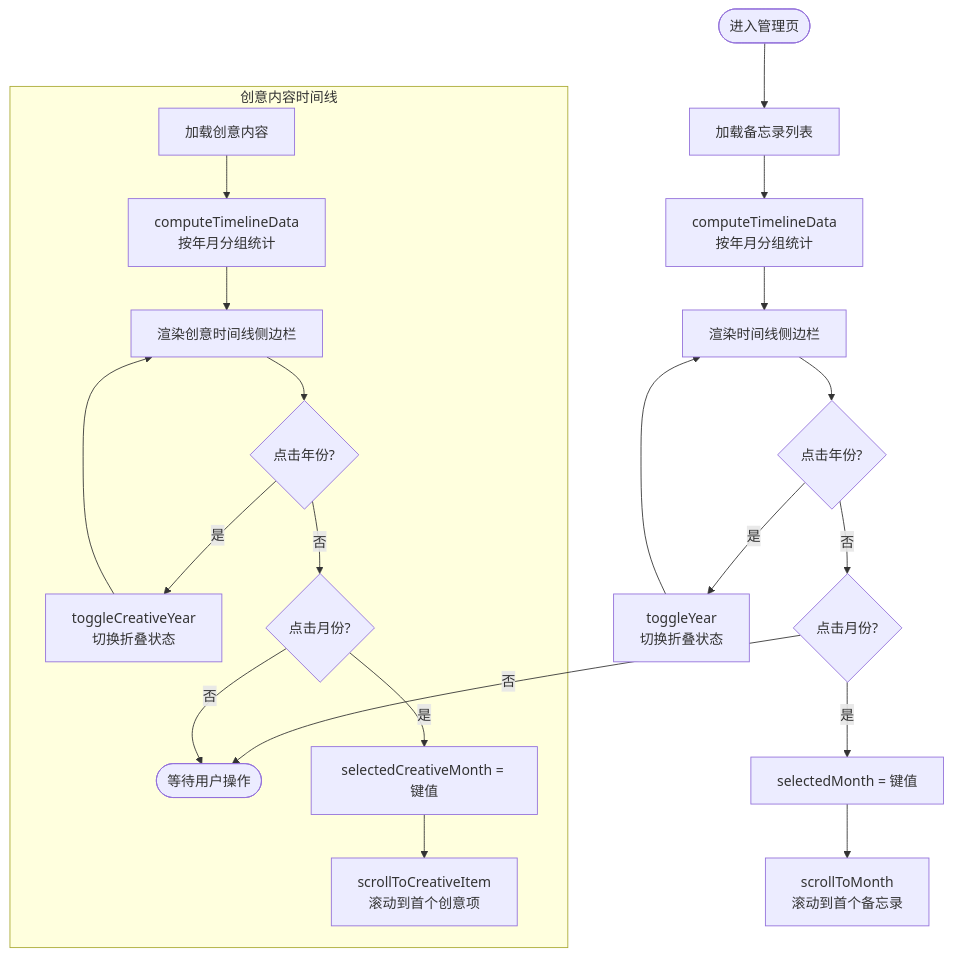
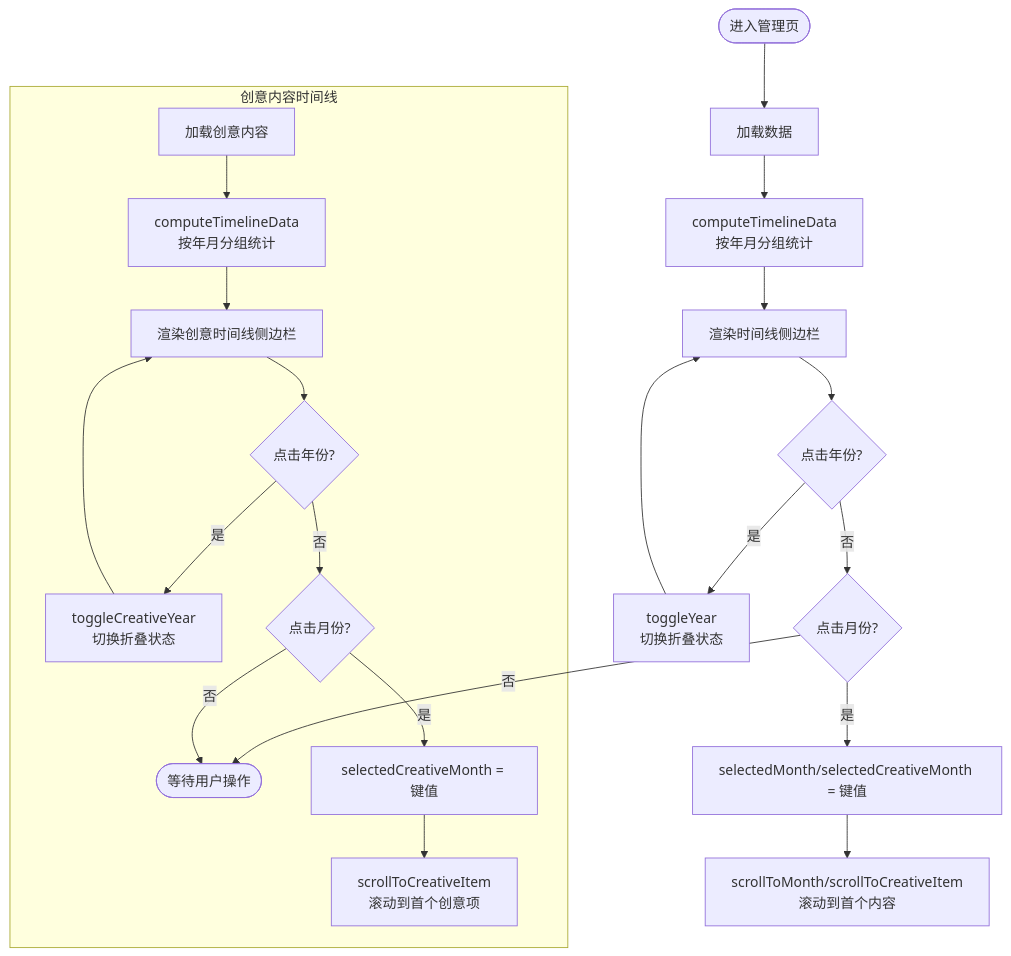
The third of 6 diagrams in .qoder/repowiki/zh/content/核心功能/管理后台系统.md (BlackBoxRecorder/memos), drawn with Mermaid before and after one commit. The commit also changed other lines of this file and 10 other files, not shown here.

````diff
--- a/.qoder/repowiki/zh/content/核心功能/管理后台系统.md
+++ b/.qoder/repowiki/zh/content/核心功能/管理后台系统.md
@@ -200,24 +203,24 @@
 ```mermaid
 flowchart TD
-Start(["进入管理页"]) --> LoadMemos["加载备忘录列表"]
-LoadMemos --> Compute["computeTimelineData<br/>按年月分组统计"]
+Start(["进入管理页"]) --> LoadData["加载数据"]
+LoadData --> Compute["computeTimelineData<br/>按年月分组统计"]
 Compute --> Render["渲染时间线侧边栏"]
 Render --> ClickYear{"点击年份?"}
 ClickYear --> |是| ToggleYear["toggleYear<br/>切换折叠状态"]
 ToggleYear --> Render
 ClickYear --> |否| ClickMonth{"点击月份?"}
-ClickMonth --> |是| SelectMonth["selectedMonth = 键值"]
-SelectMonth --> Scroll["scrollToMonth<br/>滚动到首个备忘录"]
+ClickMonth --> |是| SelectMonth["selectedMonth/selectedCreativeMonth = 键值"]
+SelectMonth --> Scroll["scrollToMonth/scrollToCreativeItem<br/>滚动到首个内容"]
 ClickMonth --> |否| End(["等待用户操作"])
 subgraph "创意内容时间线"
 LoadCreative["加载创意内容"] --> ComputeCreative["computeTimelineData<br/>按年月分组统计"]
 ComputeCreative --> RenderCreative["渲染创意时间线侧边栏"]
 RenderCreative --> ClickCreativeYear{"点击年份?"}
 ClickCreativeYear --> |是| ToggleCreativeYear["toggleCreativeYear<br/>切换折叠状态"]
 ToggleCreativeYear --> RenderCreative
 ClickCreativeYear --> |否| ClickCreativeMonth{"点击月份?"}
 ClickCreativeMonth --> |是| SelectCreativeMonth["selectedCreativeMonth = 键值"]
 SelectCreativeMonth --> ScrollCreative["scrollToCreativeItem<br/>滚动到首个创意项"]
 ClickCreativeMonth --> |否| End
 end
 ```
````
